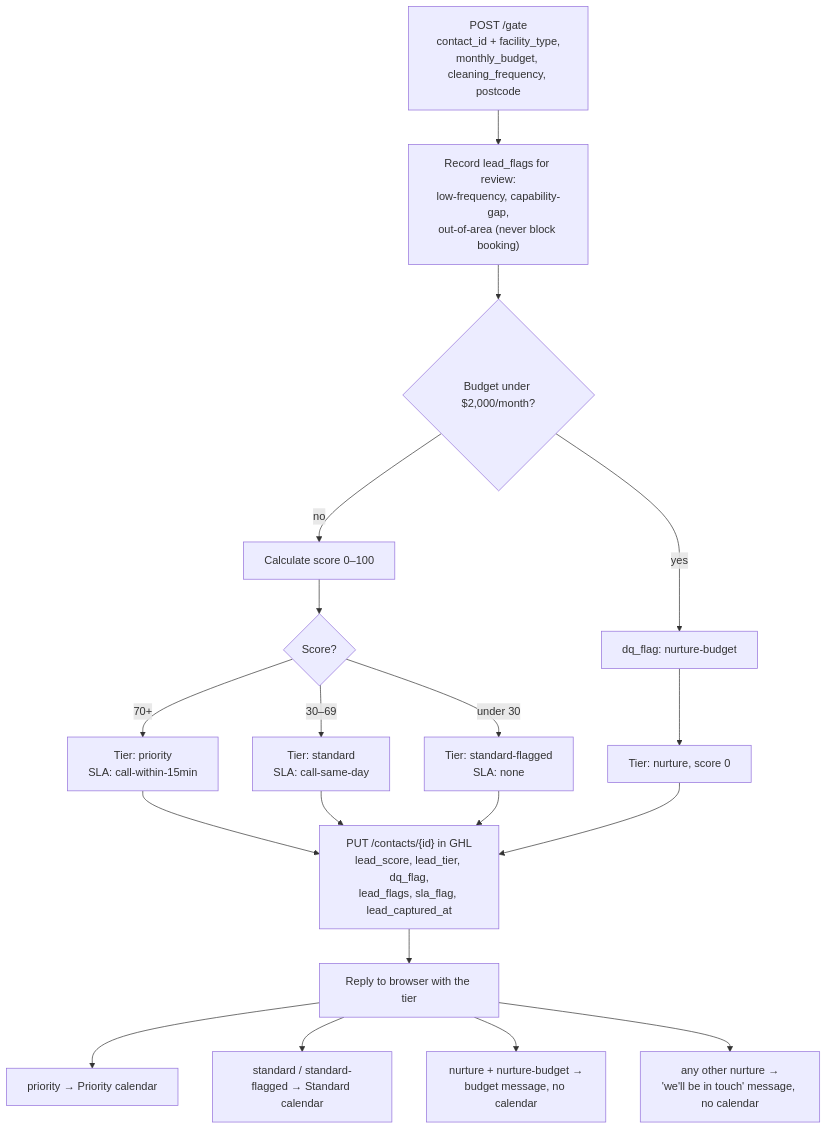
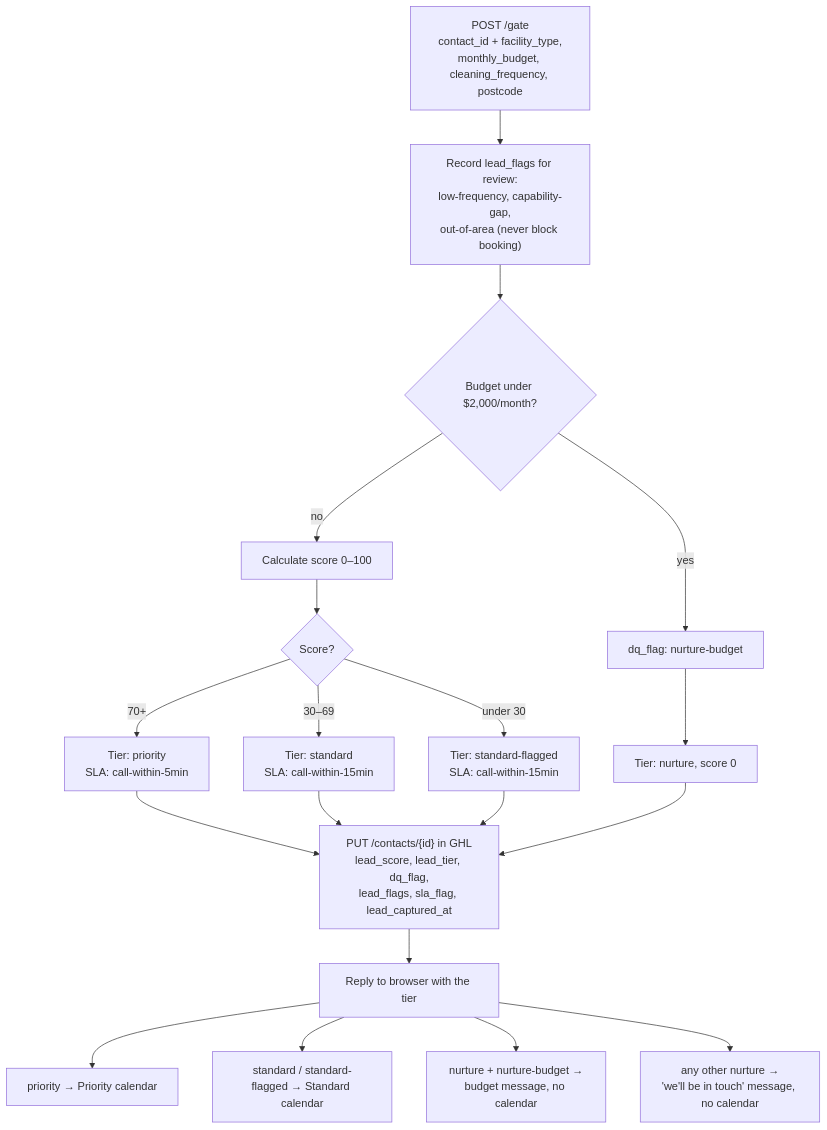
Before and after one commit to VantagePointFacilityServices/vpfs-website: the fifth of 11 diagrams in docs/WORKER.md, drawn with Mermaid. The commit also changed other lines of this file and 2 other files, not shown here.

First line of the commit message:
Set lead SLA flags to call-within-5min / call-within-15min

````diff
--- a/docs/WORKER.md
+++ b/docs/WORKER.md
@@ -290,22 +290,22 @@
 ```mermaid
 flowchart TD
     IN["POST /gate<br/>contact_id + facility_type,<br/>monthly_budget, cleaning_frequency, postcode"]
     IN --> FL["Record lead_flags for review:<br/>low-frequency, capability-gap,<br/>out-of-area (never block booking)"]
     FL --> D1{"Budget under $2,000/month?"}
     D1 -- yes --> N1["dq_flag: nurture-budget"]
     D1 -- no --> SC["Calculate score 0–100"]
 
     N1 --> NUR["Tier: nurture, score 0"]
     SC --> T{"Score?"}
-    T -- "70+" --> PR["Tier: priority<br/>SLA: call-within-15min"]
-    T -- "30–69" --> ST["Tier: standard<br/>SLA: call-same-day"]
-    T -- "under 30" --> SF["Tier: standard-flagged<br/>SLA: none"]
+    T -- "70+" --> PR["Tier: priority<br/>SLA: call-within-5min"]
+    T -- "30–69" --> ST["Tier: standard<br/>SLA: call-within-15min"]
+    T -- "under 30" --> SF["Tier: standard-flagged<br/>SLA: call-within-15min"]
 
     PR & ST & SF & NUR --> WB["PUT /contacts/{id} in GHL<br/>lead_score, lead_tier, dq_flag,<br/>lead_flags, sla_flag, lead_captured_at"]
     WB --> OUT["Reply to browser with the tier"]
 
     OUT --> C1["priority → Priority calendar"]
     OUT --> C2["standard / standard-flagged → Standard calendar"]
     OUT --> C3["nurture + nurture-budget →<br/>budget message, no calendar"]
     OUT --> C4["any other nurture →<br/>'we'll be in touch' message, no calendar"]
 ```
````
